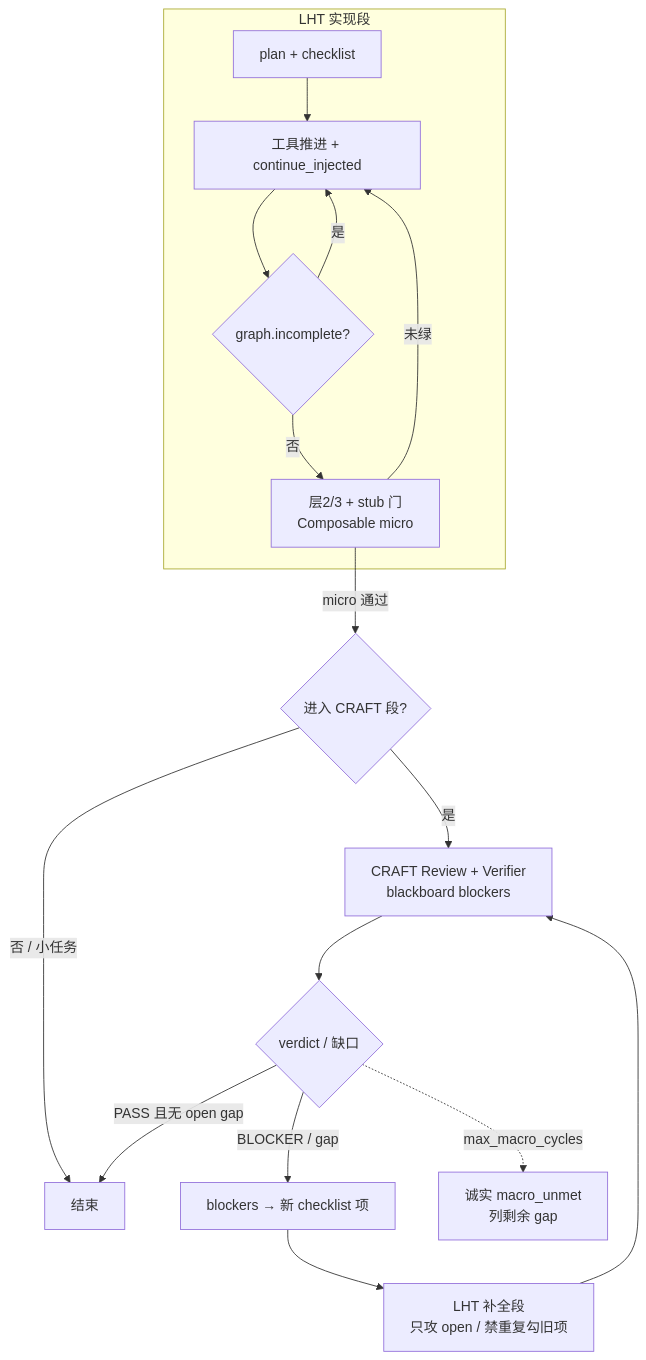
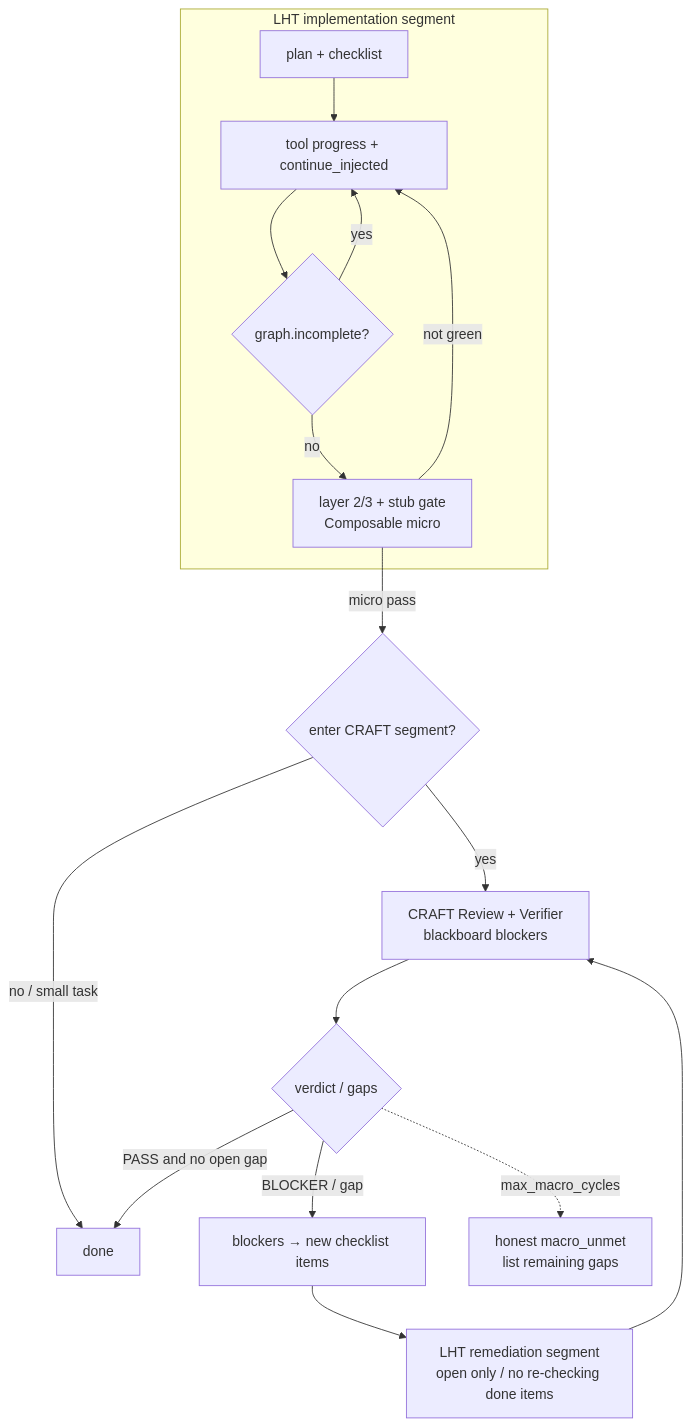
One commit to didclawapp-ai/zagens changed the second of 4 diagrams in docs/harness/LONG_HORIZON_CODE_TASKS.md. Above: the diagram before and after it, drawn with Mermaid. The commit also changed other lines of this file and 26 other files, not shown here.

````diff
--- a/docs/harness/LONG_HORIZON_CODE_TASKS.md
+++ b/docs/harness/LONG_HORIZON_CODE_TASKS.md
@@ -818,19 +820,19 @@
 ```mermaid
 flowchart TB
-  subgraph impl["LHT 实现段"]
-    A[plan + checklist] --> B[工具推进 + continue_injected]
+  subgraph impl["LHT implementation segment"]
+    A[plan + checklist] --> B[tool progress + continue_injected]
     B --> C{graph.incomplete?}
-    C -- 是 --> B
-    C -- 否 --> D[层2/3 + stub 门<br/>Composable micro]
+    C -- yes --> B
+    C -- no --> D[layer 2/3 + stub gate<br/>Composable micro]
   end
-  D -- 未绿 --> B
-  D -- micro 通过 --> E{进入 CRAFT 段?}
-  E -- 否 / 小任务 --> F[结束]
-  E -- 是 --> G[CRAFT Review + Verifier<br/>blackboard blockers]
-  G --> H{verdict / 缺口}
-  H -- PASS 且无 open gap --> F
-  H -- BLOCKER / gap --> I[blockers → 新 checklist 项]
-  I --> J[LHT 补全段<br/>只攻 open / 禁重复勾旧项]
+  D -- not green --> B
+  D -- micro pass --> E{enter CRAFT segment?}
+  E -- no / small task --> F[done]
+  E -- yes --> G[CRAFT Review + Verifier<br/>blackboard blockers]
+  G --> H{verdict / gaps}
+  H -- PASS and no open gap --> F
+  H -- BLOCKER / gap --> I[blockers → new checklist items]
+  I --> J[LHT remediation segment<br/>open only / no re-checking done items]
   J --> G
-  H -. max_macro_cycles .-> K[诚实 macro_unmet<br/>列剩余 gap]
+  H -. max_macro_cycles .-> K[honest macro_unmet<br/>list remaining gaps]
 ```
````
